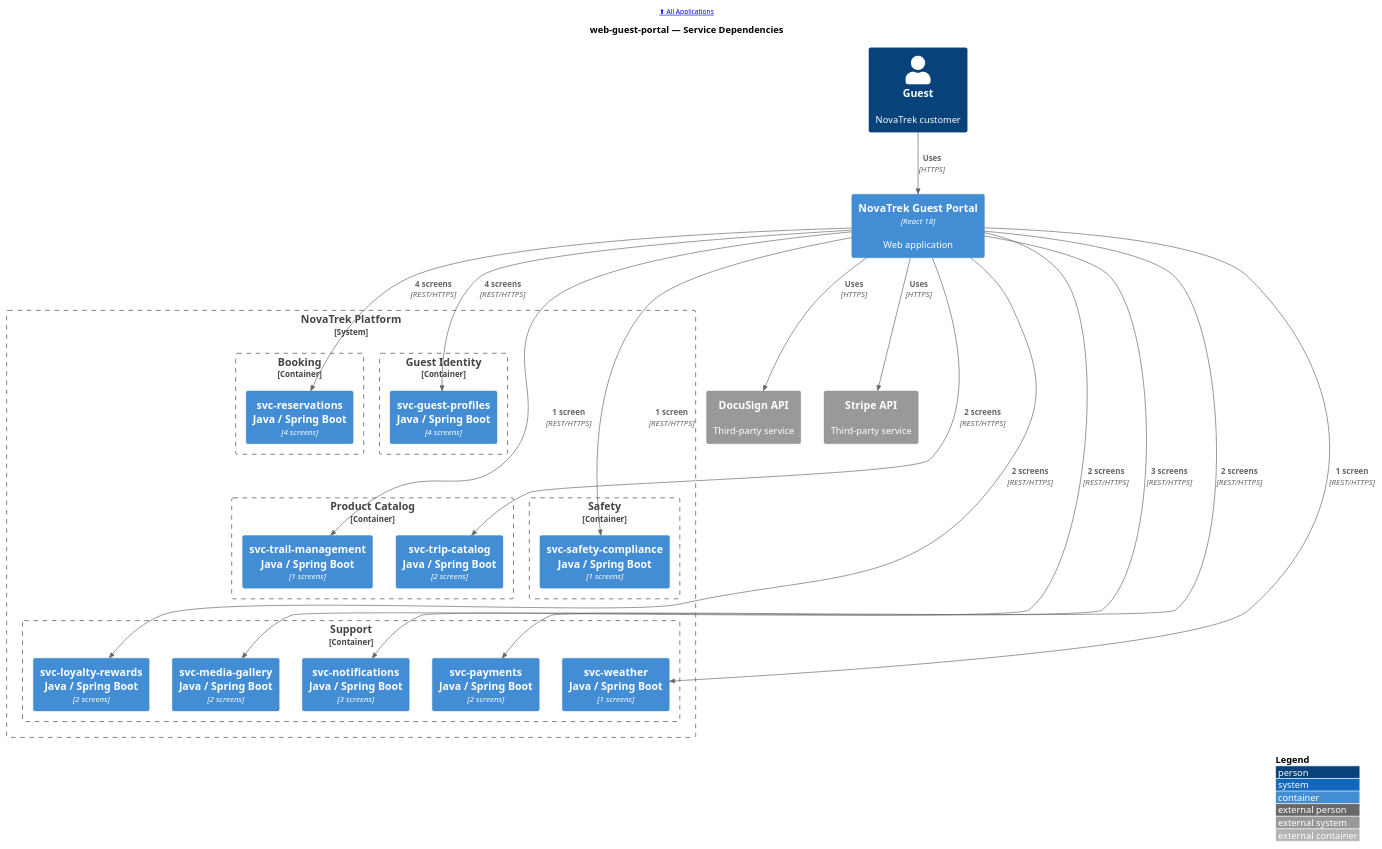
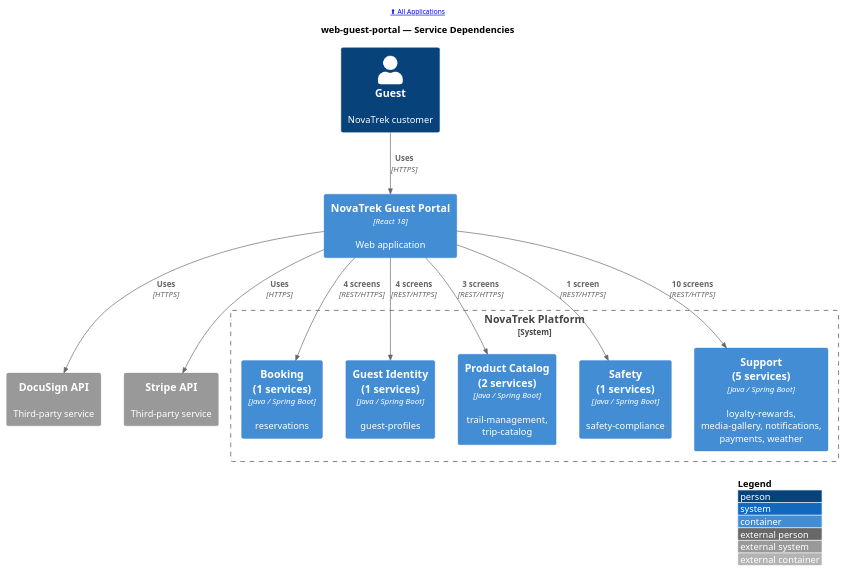
One commit to christopherblaisdell/continuous-architecture-platform-poc changed the diagram in portal/docs/applications/puml/web-guest-portal--c4-context.puml. Above: the diagram before and after it, drawn with PlantUML. The commit also changed 5 other files, not shown here.

First line of the commit message:
Enhance application page generation to group services by domain

```diff
--- a/portal/docs/applications/puml/web-guest-portal--c4-context.puml
+++ b/portal/docs/applications/puml/web-guest-portal--c4-context.puml
@@ -1,61 +1,35 @@
 @startuml
 !include <c4/C4_Container>
 
 LAYOUT_WITH_LEGEND()
 LAYOUT_TOP_DOWN()
 
 header [[/applications/ ⬆ All Applications]]
 
 title web-guest-portal — Service Dependencies
 
 Person(user, "Guest", "NovaTrek customer", $link="/actors/#guest")
 
 Container(web_guest_portal, "NovaTrek Guest Portal", "React 18", "Web application", $link="/applications/web-guest-portal/")
 
 System_Boundary(platform, "NovaTrek Platform") {
-    Container_Boundary(domain_Booking, "Booking") {
-        Container(svc_reservations, "svc-reservations\nJava / Spring Boot", "4 screens", $link="/microservices/svc-reservations/#integration-context")
-    }
-    Container_Boundary(domain_Guest_Identity, "Guest Identity") {
-        Container(svc_guest_profiles, "svc-guest-profiles\nJava / Spring Boot", "4 screens", $link="/microservices/svc-guest-profiles/#integration-context")
-    }
-    Container_Boundary(domain_Product_Catalog, "Product Catalog") {
-        Container(svc_trail_management, "svc-trail-management\nJava / Spring Boot", "1 screens", $link="/microservices/svc-trail-management/#integration-context")
-        Container(svc_trip_catalog, "svc-trip-catalog\nJava / Spring Boot", "2 screens", $link="/microservices/svc-trip-catalog/#integration-context")
-    }
-    Container_Boundary(domain_Safety, "Safety") {
-        Container(svc_safety_compliance, "svc-safety-compliance\nJava / Spring Boot", "1 screens", $link="/microservices/svc-safety-compliance/#integration-context")
-    }
-    Container_Boundary(domain_Support, "Support") {
-        Container(svc_loyalty_rewards, "svc-loyalty-rewards\nJava / Spring Boot", "2 screens", $link="/microservices/svc-loyalty-rewards/#integration-context")
-        Container(svc_media_gallery, "svc-media-gallery\nJava / Spring Boot", "2 screens", $link="/microservices/svc-media-gallery/#integration-context")
-        Container(svc_notifications, "svc-notifications\nJava / Spring Boot", "3 screens", $link="/microservices/svc-notifications/#integration-context")
-        Container(svc_payments, "svc-payments\nJava / Spring Boot", "2 screens", $link="/microservices/svc-payments/#integration-context")
-        Container(svc_weather, "svc-weather\nJava / Spring Boot", "1 screens", $link="/microservices/svc-weather/#integration-context")
-    }
+    Container(domain_Booking, "Booking\n(1 services)", "Java / Spring Boot", "reservations", $link="/microservices/")
+    Container(domain_Guest_Identity, "Guest Identity\n(1 services)", "Java / Spring Boot", "guest-profiles", $link="/microservices/")
+    Container(domain_Product_Catalog, "Product Catalog\n(2 services)", "Java / Spring Boot", "trail-management, trip-catalog", $link="/microservices/")
+    Container(domain_Safety, "Safety\n(1 services)", "Java / Spring Boot", "safety-compliance", $link="/microservices/")
+    Container(domain_Support, "Support\n(5 services)", "Java / Spring Boot", "loyalty-rewards, media-gallery, notifications, payments, weather", $link="/microservices/")
 }
 
 System_Ext(DocuSign_API, "DocuSign API", "Third-party service")
 System_Ext(Stripe_API, "Stripe API", "Third-party service")
 
 Rel(user, web_guest_portal, "Uses", "HTTPS")
-Rel(web_guest_portal, svc_guest_profiles, "4 screens", "REST/HTTPS")
-Rel(web_guest_portal, svc_loyalty_rewards, "2 screens", "REST/HTTPS")
-Rel(web_guest_portal, svc_media_gallery, "2 screens", "REST/HTTPS")
-Rel(web_guest_portal, svc_notifications, "3 screens", "REST/HTTPS")
-Rel(web_guest_portal, svc_payments, "2 screens", "REST/HTTPS")
-Rel(web_guest_portal, svc_reservations, "4 screens", "REST/HTTPS")
-Rel(web_guest_portal, svc_safety_compliance, "1 screen", "REST/HTTPS")
-Rel(web_guest_portal, svc_trail_management, "1 screen", "REST/HTTPS")
-Rel(web_guest_portal, svc_trip_catalog, "2 screens", "REST/HTTPS")
-Rel(web_guest_portal, svc_weather, "1 screen", "REST/HTTPS")
+Rel(web_guest_portal, domain_Booking, "4 screens", "REST/HTTPS")
+Rel(web_guest_portal, domain_Guest_Identity, "4 screens", "REST/HTTPS")
+Rel(web_guest_portal, domain_Product_Catalog, "3 screens", "REST/HTTPS")
+Rel(web_guest_portal, domain_Safety, "1 screen", "REST/HTTPS")
+Rel(web_guest_portal, domain_Support, "10 screens", "REST/HTTPS")
 Rel(web_guest_portal, DocuSign_API, "Uses", "HTTPS")
 Rel(web_guest_portal, Stripe_API, "Uses", "HTTPS")
 
-' Layout hints: stack domain groups vertically
-Lay_R(svc_reservations, svc_guest_profiles)
-Lay_R(svc_trail_management, svc_safety_compliance)
-Lay_D(svc_reservations, svc_trail_management)
-Lay_D(svc_trail_management, svc_loyalty_rewards)
-
 @enduml
```
